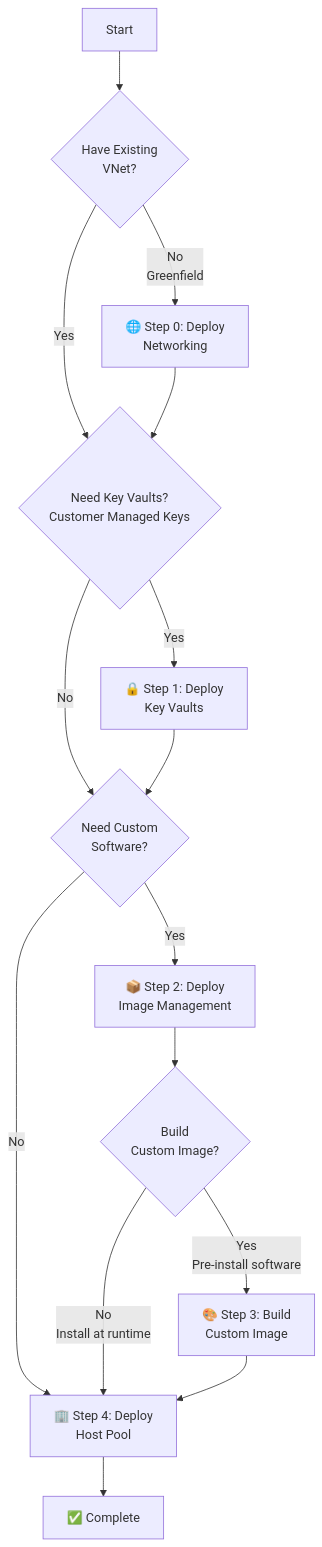
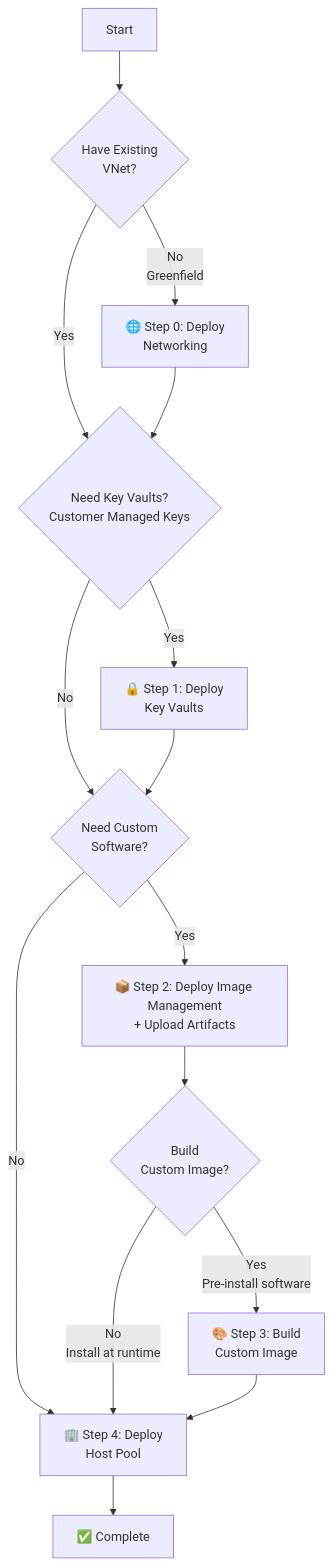
One commit to Azure/FederalAVD changed the diagram in docs/quickStart.md. Above: the diagram before and after it, drawn with Mermaid. The commit also changed other lines of this file and 46 other files, not shown here.

````diff
--- a/docs/quickStart.md
+++ b/docs/quickStart.md
@@ -11,17 +11,17 @@
 ```mermaid
 graph TD
     A[Start] --> B{Have Existing<br/>VNet?}
     B -->|No<br/>Greenfield| C[🌐 Step 0: Deploy<br/>Networking]
     B -->|Yes| SEC
     C --> SEC
     SEC{Need Key Vaults?<br/>Customer Managed Keys} -->|Yes| KV[🔒 Step 1: Deploy<br/>Key Vaults]
     SEC -->|No| D
     KV --> D{Need Custom<br/>Software?}
-    D -->|Yes| E[📦 Step 2: Deploy<br/>Image Management]
+    D -->|Yes| E[📦 Step 2: Deploy Image Management<br/>+ Upload Artifacts]
     D -->|No| I
     E --> G{Build<br/>Custom Image?}
     G -->|Yes<br/>Pre-install software| H[🎨 Step 3: Build<br/>Custom Image]
     G -->|No<br/>Install at runtime| I
     H --> I[🏢 Step 4: Deploy<br/>Host Pool]
     I --> J[✅ Complete]
 ```
````
